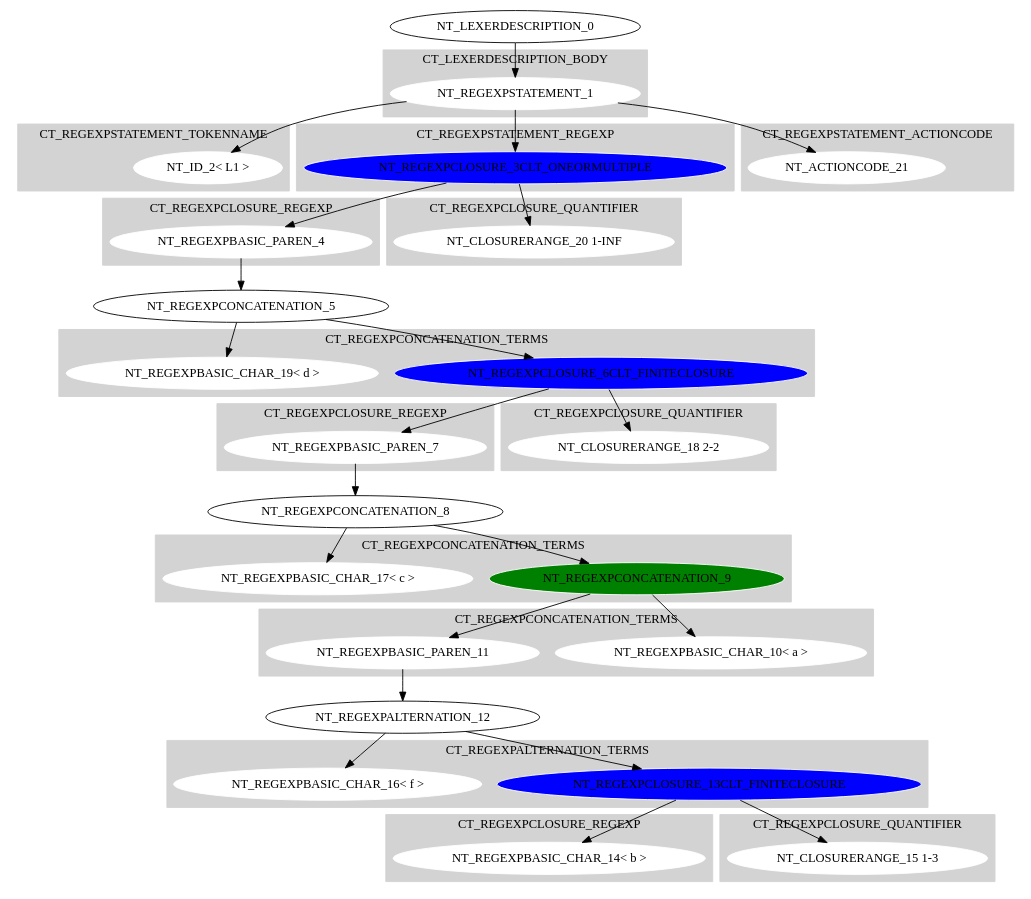
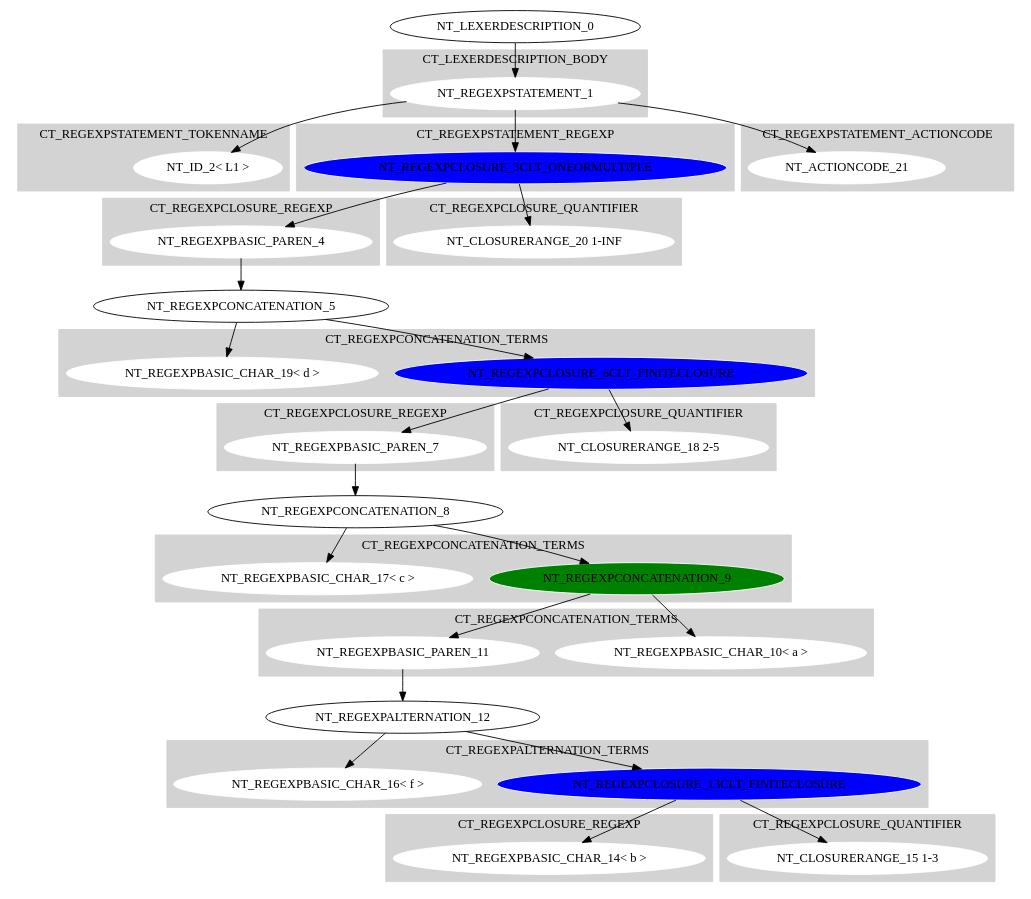
Before and after one commit to GDimitroulakos/EDUFLEX: the diagram in DFASimulator/Testbench/testAST.dot, drawn with Graphviz. The commit also changed 21 other files, not shown here.

```diff
--- a/DFASimulator/Testbench/testAST.dot
+++ b/DFASimulator/Testbench/testAST.dot
@@ -1,171 +1,171 @@
 digraph {
 
 subgraph cluster0 {
  node [style=filled,color=white];
  style=filled;
  color=lightgrey;
  label = "CT_LEXERDESCRIPTION_BODY";
 
 "NT_REGEXPSTATEMENT_1"
 }
 "NT_LEXERDESCRIPTION_0"->"NT_REGEXPSTATEMENT_1"
 subgraph cluster1 {
  node [style=filled,color=white];
  style=filled;
  color=lightgrey;
  label = "CT_REGEXPSTATEMENT_TOKENNAME";
 
 "NT_ID_2< L1 >"
 }
 subgraph cluster2 {
  node [style=filled,color=white];
  style=filled;
  color=lightgrey;
  label = "CT_REGEXPSTATEMENT_REGEXP";
 
 "NT_REGEXPCLOSURE_3CLT_ONEORMULTIPLE"
  [fillcolor = blue]
 }
 subgraph cluster3 {
  node [style=filled,color=white];
  style=filled;
  color=lightgrey;
  label = "CT_REGEXPSTATEMENT_ACTIONCODE";
 
 "NT_ACTIONCODE_21"
 }
 subgraph cluster4 {
  node [style=filled,color=white];
  style=filled;
  color=lightgrey;
  label = "CT_REGEXPSTATEMENT_TOKENNAME";
 
 }
 "NT_REGEXPSTATEMENT_1"->"NT_ID_2< L1 >"
 "NT_REGEXPSTATEMENT_1"->"NT_REGEXPCLOSURE_3CLT_ONEORMULTIPLE"
 subgraph cluster5 {
  node [style=filled,color=white];
  style=filled;
  color=lightgrey;
  label = "CT_REGEXPCLOSURE_REGEXP";
 
 "NT_REGEXPBASIC_PAREN_4"
 }
 subgraph cluster6 {
  node [style=filled,color=white];
  style=filled;
  color=lightgrey;
  label = "CT_REGEXPCLOSURE_QUANTIFIER";
 
 "NT_CLOSURERANGE_20 1-INF"
 }
 "NT_REGEXPCLOSURE_3CLT_ONEORMULTIPLE"->"NT_REGEXPBASIC_PAREN_4"
 subgraph cluster7 {
  node [style=filled,color=white];
  style=filled;
  color=lightgrey;
  label = "CT_RGEXPBASIC_PAREN";
 
 }
 "NT_REGEXPBASIC_PAREN_4"->"NT_REGEXPCONCATENATION_5"
 subgraph cluster8 {
  node [style=filled,color=white];
  style=filled;
  color=lightgrey;
  label = "CT_REGEXPCONCATENATION_TERMS";
 
 "NT_REGEXPCLOSURE_6CLT_FINITECLOSURE"
  [fillcolor = blue]
 "NT_REGEXPBASIC_CHAR_19< d >"
 }
 "NT_REGEXPCONCATENATION_5"->"NT_REGEXPCLOSURE_6CLT_FINITECLOSURE"
 subgraph cluster9 {
  node [style=filled,color=white];
  style=filled;
  color=lightgrey;
  label = "CT_REGEXPCLOSURE_REGEXP";
 
 "NT_REGEXPBASIC_PAREN_7"
 }
 subgraph cluster10 {
  node [style=filled,color=white];
  style=filled;
  color=lightgrey;
  label = "CT_REGEXPCLOSURE_QUANTIFIER";
 
-"NT_CLOSURERANGE_18 2-2"
+"NT_CLOSURERANGE_18 2-5"
 }
 "NT_REGEXPCLOSURE_6CLT_FINITECLOSURE"->"NT_REGEXPBASIC_PAREN_7"
 subgraph cluster11 {
  node [style=filled,color=white];
  style=filled;
  color=lightgrey;
  label = "CT_RGEXPBASIC_PAREN";
 
 }
 "NT_REGEXPBASIC_PAREN_7"->"NT_REGEXPCONCATENATION_8"
 subgraph cluster12 {
  node [style=filled,color=white];
  style=filled;
  color=lightgrey;
  label = "CT_REGEXPCONCATENATION_TERMS";
 
 "NT_REGEXPCONCATENATION_9"
  [fillcolor = green]
 "NT_REGEXPBASIC_CHAR_17< c >"
 }
 "NT_REGEXPCONCATENATION_8"->"NT_REGEXPCONCATENATION_9"
 subgraph cluster13 {
  node [style=filled,color=white];
  style=filled;
  color=lightgrey;
  label = "CT_REGEXPCONCATENATION_TERMS";
 
 "NT_REGEXPBASIC_CHAR_10< a >"
 "NT_REGEXPBASIC_PAREN_11"
 }
 "NT_REGEXPCONCATENATION_9"->"NT_REGEXPBASIC_CHAR_10< a >"
 "NT_REGEXPCONCATENATION_9"->"NT_REGEXPBASIC_PAREN_11"
 subgraph cluster14 {
  node [style=filled,color=white];
  style=filled;
  color=lightgrey;
  label = "CT_RGEXPBASIC_PAREN";
 
 }
 "NT_REGEXPBASIC_PAREN_11"->"NT_REGEXPALTERNATION_12"
 subgraph cluster15 {
  node [style=filled,color=white];
  style=filled;
  color=lightgrey;
  label = "CT_REGEXPALTERNATION_TERMS";
 
 "NT_REGEXPCLOSURE_13CLT_FINITECLOSURE"
  [fillcolor = blue]"NT_REGEXPBASIC_CHAR_16< f >"
 }
 "NT_REGEXPALTERNATION_12"->"NT_REGEXPCLOSURE_13CLT_FINITECLOSURE"
 subgraph cluster16 {
  node [style=filled,color=white];
  style=filled;
  color=lightgrey;
  label = "CT_REGEXPCLOSURE_REGEXP";
 
 "NT_REGEXPBASIC_CHAR_14< b >"
 }
 subgraph cluster17 {
  node [style=filled,color=white];
  style=filled;
  color=lightgrey;
  label = "CT_REGEXPCLOSURE_QUANTIFIER";
 
 "NT_CLOSURERANGE_15 1-3"
 }
 "NT_REGEXPCLOSURE_13CLT_FINITECLOSURE"->"NT_REGEXPBASIC_CHAR_14< b >"
 "NT_REGEXPCLOSURE_13CLT_FINITECLOSURE"->"NT_CLOSURERANGE_15 1-3"
 "NT_REGEXPALTERNATION_12"->"NT_REGEXPBASIC_CHAR_16< f >"
 "NT_REGEXPCONCATENATION_8"->"NT_REGEXPBASIC_CHAR_17< c >"
-"NT_REGEXPCLOSURE_6CLT_FINITECLOSURE"->"NT_CLOSURERANGE_18 2-2"
+"NT_REGEXPCLOSURE_6CLT_FINITECLOSURE"->"NT_CLOSURERANGE_18 2-5"
 "NT_REGEXPCONCATENATION_5"->"NT_REGEXPBASIC_CHAR_19< d >"
 "NT_REGEXPCLOSURE_3CLT_ONEORMULTIPLE"->"NT_CLOSURERANGE_20 1-INF"
 "NT_REGEXPSTATEMENT_1"->"NT_ACTIONCODE_21"
 }
```
